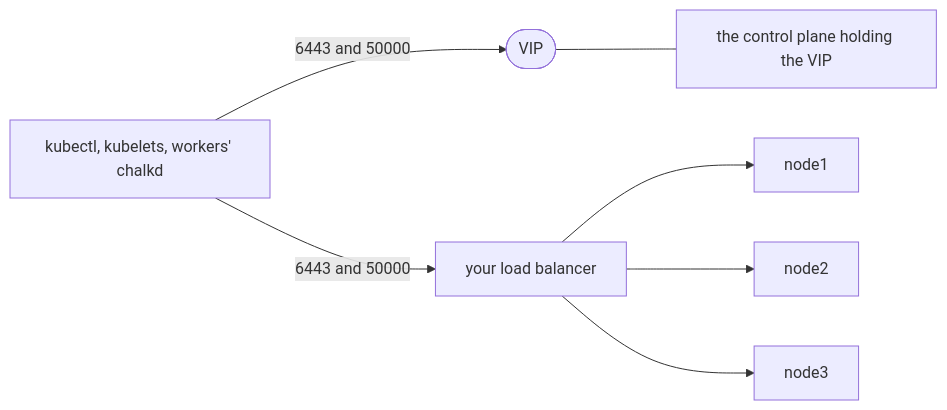
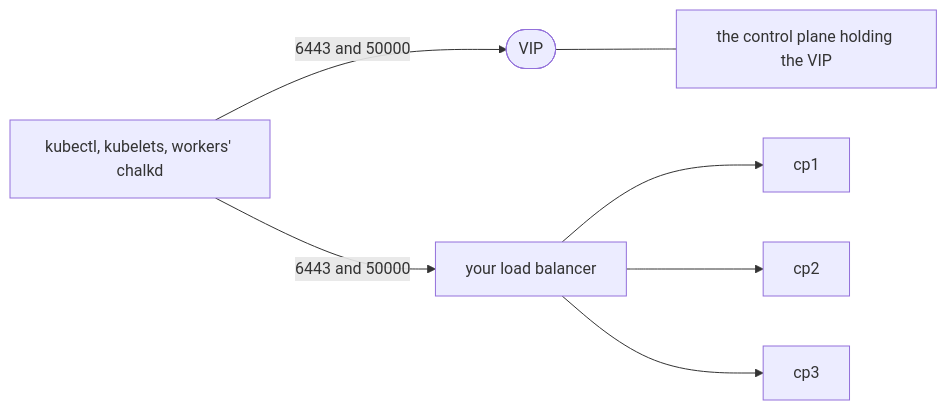
Before and after one commit to trevex/chalkos: the diagram in docs/kubernetes/plan.md, drawn with Mermaid. The commit also changed other lines of this file and 61 other files, not shown here.

````diff
--- a/docs/kubernetes/plan.md
+++ b/docs/kubernetes/plan.md
@@ -76,10 +76,10 @@
 ```mermaid
 flowchart LR
     clients["kubectl, kubelets, workers' chalkd"]
     clients -->|"6443 and 50000"| vip(["VIP"])
     vip --- holder["the control plane holding the VIP"]
     clients -->|"6443 and 50000"| lb["your load balancer"]
-    lb --> node1["node1"]
-    lb --> node2["node2"]
-    lb --> node3["node3"]
+    lb --> cp1["cp1"]
+    lb --> cp2["cp2"]
+    lb --> cp3["cp3"]
 ```
````
